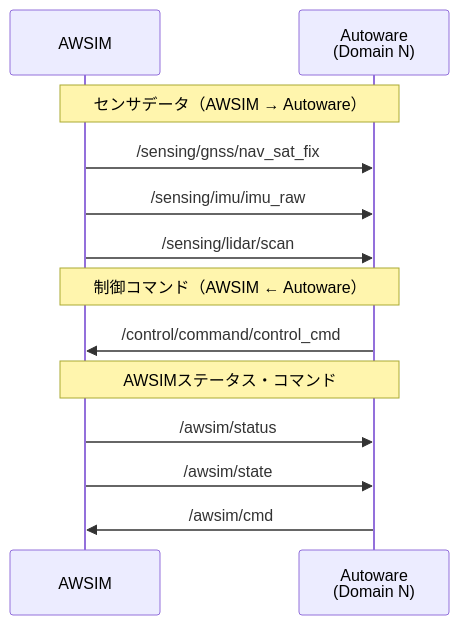
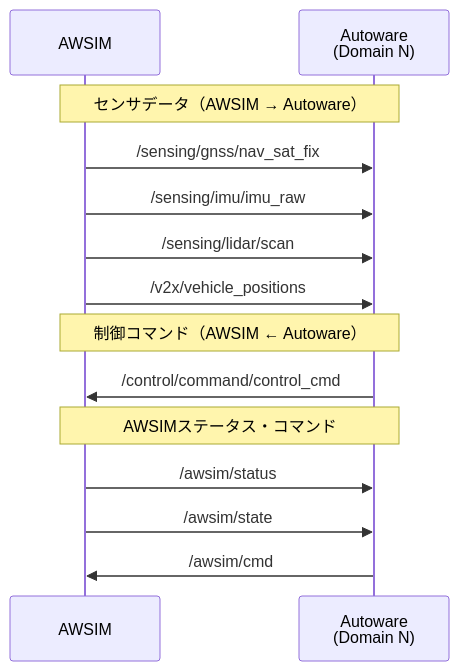
One commit to AutomotiveAIChallenge/aichallenge-documentation-racingkart changed the diagram in docs/specifications/interface.ja.md. Above: the diagram before and after it, drawn with Mermaid. The commit also changed other lines of this file and 1 other file, not shown here.

Commit message:
docs(specifications): resync interface.en.md and document /v2x/vehicle_positions

````diff
--- a/docs/specifications/interface.ja.md
+++ b/docs/specifications/interface.ja.md
@@ -18,18 +18,19 @@
 ```mermaid
 sequenceDiagram
     participant AWSIM as AWSIM
     participant Autoware as Autoware<br/>(Domain N)
 
     Note over AWSIM,Autoware: センサデータ（AWSIM → Autoware）
     AWSIM->>Autoware: /sensing/gnss/nav_sat_fix
     AWSIM->>Autoware: /sensing/imu/imu_raw
     AWSIM->>Autoware: /sensing/lidar/scan
+    AWSIM->>Autoware: /v2x/vehicle_positions
 
     Note over AWSIM,Autoware: 制御コマンド（AWSIM ← Autoware）
     Autoware->>AWSIM: /control/command/control_cmd
 
     Note over AWSIM,Autoware: AWSIMステータス・コマンド
     AWSIM->>Autoware: /awsim/status
     AWSIM->>Autoware: /awsim/state
     Autoware->>AWSIM: /awsim/cmd
 ```
````
